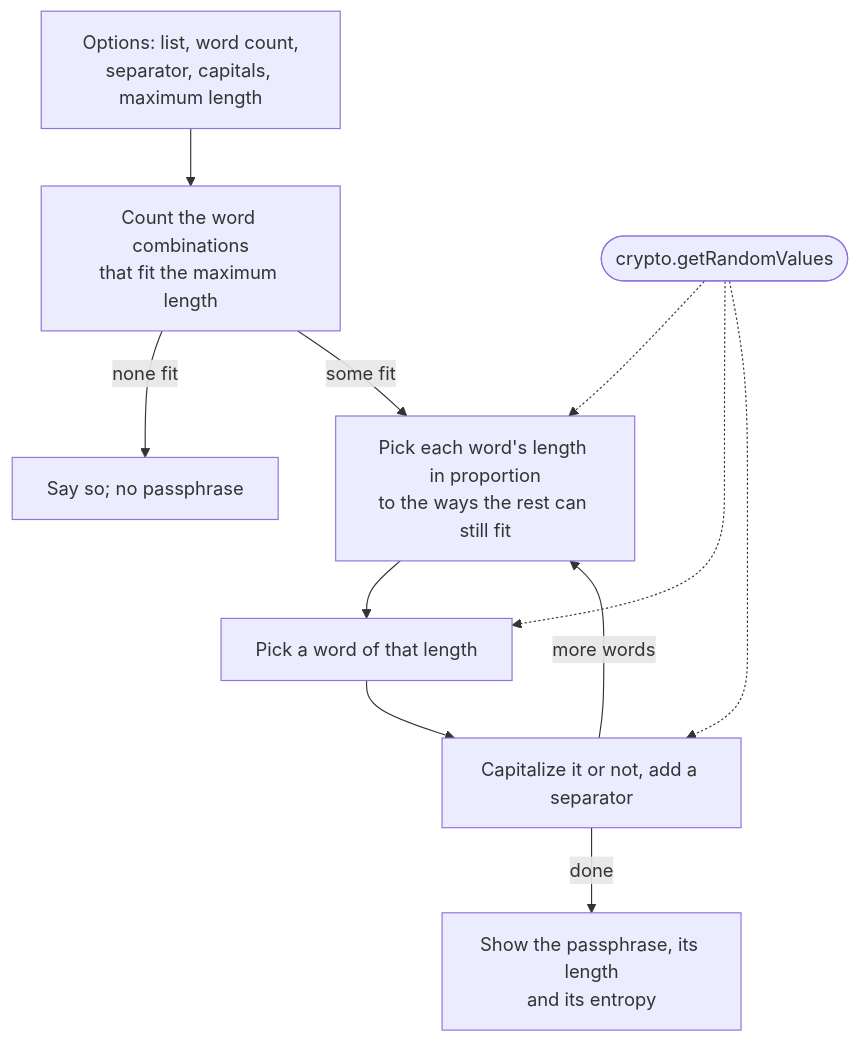
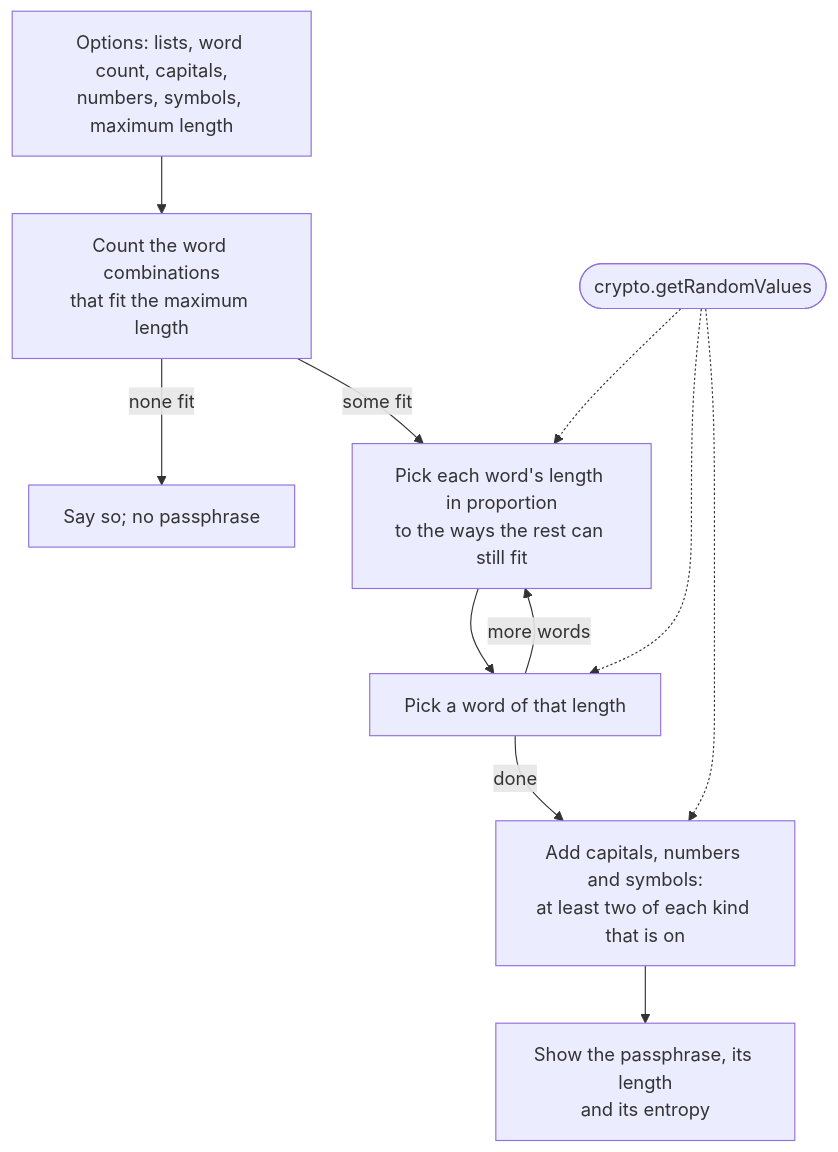
The second of 5 diagrams in README.md (StephenGenusa/passphrases), drawn with Mermaid before and after one commit. The commit also changed other lines of this file and 19 other files, not shown here.

First line of the commit message:
Password-rule options, EFF lists, mixed word lists

````diff
--- a/README.md
+++ b/README.md
@@ -81,13 +87,13 @@
 ```mermaid
 flowchart TD
-    A["Options: list, word count,<br/>separator, capitals, maximum length"] --> B["Count the word combinations<br/>that fit the maximum length"]
+    A["Options: lists, word count, capitals,<br/>numbers, symbols, maximum length"] --> B["Count the word combinations<br/>that fit the maximum length"]
     B -->|none fit| C["Say so; no passphrase"]
     B -->|some fit| D["Pick each word's length in proportion<br/>to the ways the rest can still fit"]
     D --> E["Pick a word of that length"]
-    E --> F["Capitalize it or not, add a separator"]
-    F -->|more words| D
-    F -->|done| G["Show the passphrase, its length<br/>and its entropy"]
+    E -->|more words| D
+    E -->|done| F["Add capitals, numbers and symbols:<br/>at least two of each kind that is on"]
+    F --> G["Show the passphrase, its length<br/>and its entropy"]
     R(["crypto.getRandomValues"]) -.-> D
     R -.-> E
     R -.-> F
 ```
````
